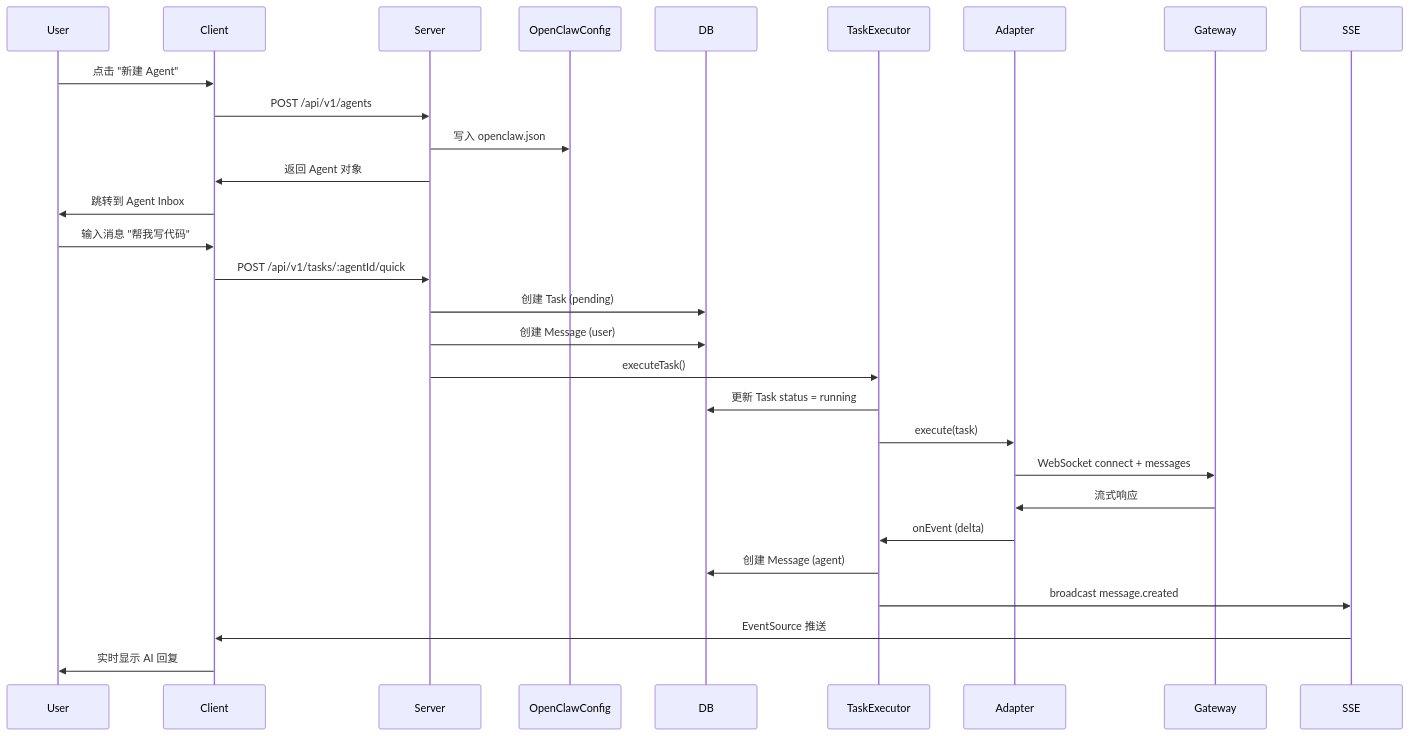
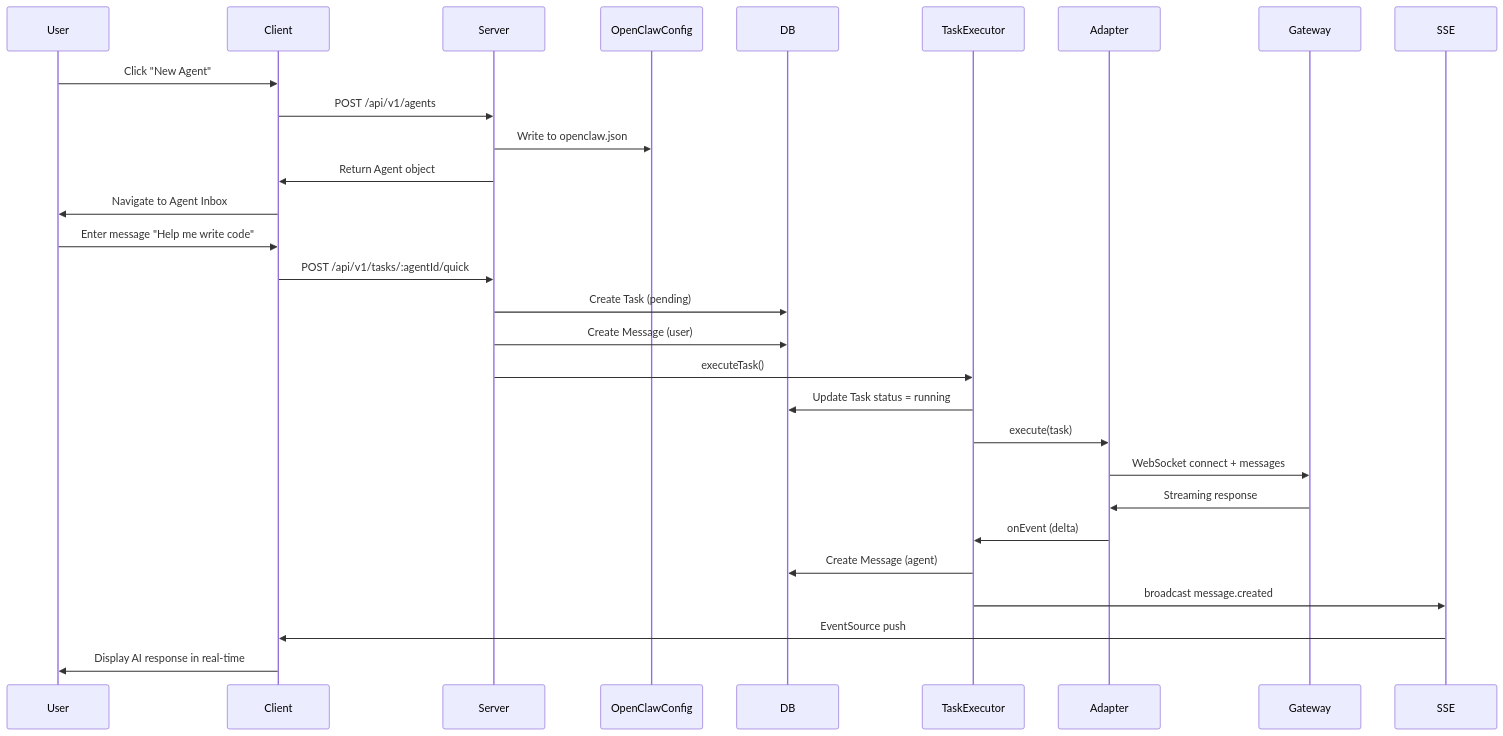
Before and after one commit to zhuamber370/bridgetalk: the diagram in docs/ARCHITECTURE.md, drawn with Mermaid. The commit also changed other lines of this file and 14 other files, not shown here.

````diff
--- a/docs/ARCHITECTURE.md
+++ b/docs/ARCHITECTURE.md
@@ -166,23 +166,23 @@
 ```mermaid
 sequenceDiagram
-    User->>Client: 点击 "新建 Agent"
+    User->>Client: Click "New Agent"
     Client->>Server: POST /api/v1/agents
-    Server->>OpenClawConfig: 写入 openclaw.json
-    Server->>Client: 返回 Agent 对象
-    Client->>User: 跳转到 Agent Inbox
+    Server->>OpenClawConfig: Write to openclaw.json
+    Server->>Client: Return Agent object
+    Client->>User: Navigate to Agent Inbox
 
-    User->>Client: 输入消息 "帮我写代码"
+    User->>Client: Enter message "Help me write code"
     Client->>Server: POST /api/v1/tasks/:agentId/quick
-    Server->>DB: 创建 Task (pending)
-    Server->>DB: 创建 Message (user)
+    Server->>DB: Create Task (pending)
+    Server->>DB: Create Message (user)
     Server->>TaskExecutor: executeTask()
-    TaskExecutor->>DB: 更新 Task status = running
+    TaskExecutor->>DB: Update Task status = running
     TaskExecutor->>Adapter: execute(task)
     Adapter->>Gateway: WebSocket connect + messages
-    Gateway->>Adapter: 流式响应
+    Gateway->>Adapter: Streaming response
     Adapter->>TaskExecutor: onEvent (delta)
-    TaskExecutor->>DB: 创建 Message (agent)
+    TaskExecutor->>DB: Create Message (agent)
     TaskExecutor->>SSE: broadcast message.created
-    SSE->>Client: EventSource 推送
-    Client->>User: 实时显示 AI 回复
+    SSE->>Client: EventSource push
+    Client->>User: Display AI response in real-time
 ```
````
